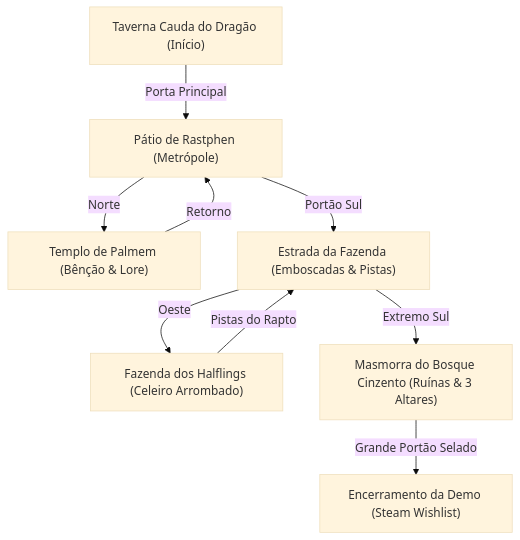
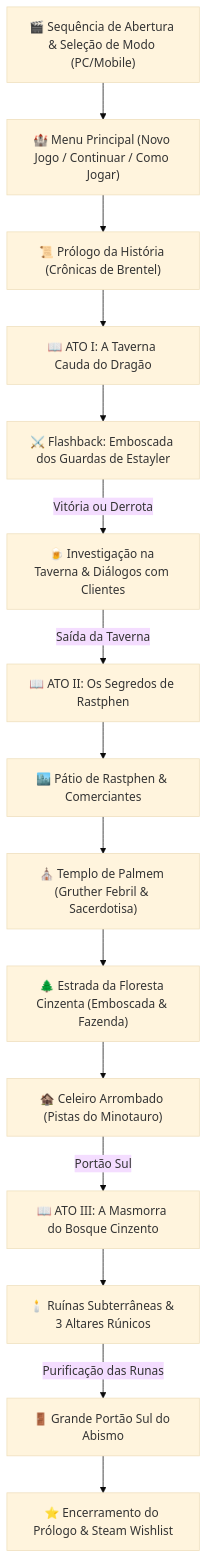
One commit to ojoesevero/sombras-de-brentel-prologue changed the diagram in README.md. Above: the diagram before and after it, drawn with Mermaid (base theme). The commit also changed other lines of this file and 1 other file, not shown here.

Commit message:
docs: reformula README com HTML5, CSS, link do Vercel e suporte mobile

````diff
--- a/README.md
+++ b/README.md
@@ -101,11 +114,20 @@
 ```mermaid
-graph TD
-    Taverna["Taverna Cauda do Dragão (Início)"] -->|Porta Principal| Cidade["Pátio de Rastphen (Metrópole)"]
-    Cidade -->|Norte| Templo["Templo de Palmem (Bênção & Lore)"]
-    Templo -->|Retorno| Cidade
-    Cidade -->|Portão Sul| Estrada["Estrada da Fazenda (Emboscadas & Pistas)"]
-    Estrada -->|Oeste| Fazenda["Fazenda dos Halflings (Celeiro Arrombado)"]
-    Fazenda -->|Pistas do Rapto| Estrada
-    Estrada -->|Extremo Sul| Masmorra["Masmorra do Bosque Cinzento (Ruínas & 3 Altares)"]
-    Masmorra -->|Grande Portão Selado| FimDemo["Encerramento da Demo (Steam Wishlist)"]
+flowchart TD
+    Intro["🎬 Sequência de Abertura & Seleção de Modo (PC/Mobile)"] --> Menu["🏰 Menu Principal (Novo Jogo / Continuar / Como Jogar)"]
+    Menu --> LoreIntro["📜 Prólogo da História (Crônicas de Brentel)"]
+    LoreIntro --> AtoI["📖 ATO I: A Taverna Cauda do Dragão"]
+    
+    AtoI --> Flashback["⚔️ Flashback: Emboscada dos Guardas de Estayler"]
+    Flashback -->|Vitória ou Derrota| RetornoTaverna["🍺 Investigação na Taverna & Diálogos com Clientes"]
+    RetornoTaverna -->|Saída da Taverna| AtoII["📖 ATO II: Os Segredos de Rastphen"]
+    
+    AtoII --> Cidade["🏙️ Pátio de Rastphen & Comerciantes"]
+    Cidade --> Templo["⛪ Templo de Palmem (Gruther Febril & Sacerdotisa)"]
+    Templo --> Estrada["🌲 Estrada da Floresta Cinzenta (Emboscada & Fazenda)"]
+    Estrada --> Fazenda["🏚️ Celeiro Arrombado (Pistas do Minotauro)"]
+    Fazenda -->|Portão Sul| AtoIII["📖 ATO III: A Masmorra do Bosque Cinzento"]
+    
+    AtoIII --> Masmorra["🕯️ Ruínas Subterrâneas & 3 Altares Rúnicos"]
+    Masmorra -->|Purificação das Runas| BossGate["🚪 Grande Portão Sul do Abismo"]
+    BossGate --> Encerramento["⭐ Encerramento do Prólogo & Steam Wishlist"]
 ```
````
